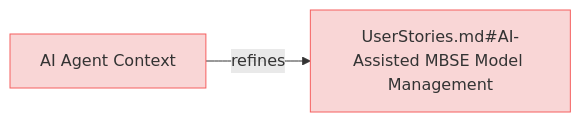
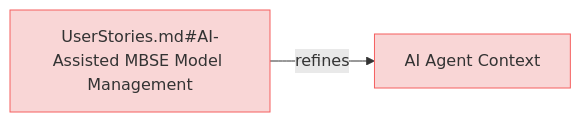
One commit to reqvire-org/reqvire changed the eighth of 9 diagrams in specifications/UserRequirements.md. Above: the diagram before and after it, drawn with Mermaid. The commit also changed other lines of this file and 20 other files, not shown here.

````diff
--- a/specifications/UserRequirements.md
+++ b/specifications/UserRequirements.md
@@ -581,16 +582,16 @@
 ```mermaid
 graph LR;
   %% Graph styling
   classDef requirement fill:#f9d6d6,stroke:#f55f5f,stroke-width:1px;
   classDef verification fill:#d6f9d6,stroke:#5fd75f,stroke-width:1px;
   classDef externalLink fill:#d0e0ff,stroke:#3080ff,stroke-width:1px;
   classDef default fill:#f5f5f5,stroke:#333333,stroke-width:1px;
 
   7fd9156eac77c270["AI Agent Context"];
-  click 7fd9156eac77c270 "https://github.com/Reqvire/reqvire/blob/30536324899084e88969175e3613c971ffa6e108/specifications/UserRequirements.md#ai-agent-context";
+  click 7fd9156eac77c270 "https://github.com/Reqvire/reqvire/blob/667635d4628fed400323f7df3689af2dbc2ad666/specifications/UserRequirements.md#ai-agent-context";
   class 7fd9156eac77c270 requirement;
   8fc677b7413bb247["UserStories.md#AI-Assisted MBSE Model Management"];
   class 8fc677b7413bb247 requirement;
-  click 8fc677b7413bb247 "https://github.com/Reqvire/reqvire/blob/30536324899084e88969175e3613c971ffa6e108/specifications/UserStories.md#ai-assisted-mbse-model-management";
-  7fd9156eac77c270 -->|refines| 8fc677b7413bb247;
+  click 8fc677b7413bb247 "https://github.com/Reqvire/reqvire/blob/667635d4628fed400323f7df3689af2dbc2ad666/specifications/UserStories.md#ai-assisted-mbse-model-management";
+  8fc677b7413bb247 -->|refines| 7fd9156eac77c270;
 ```
````
